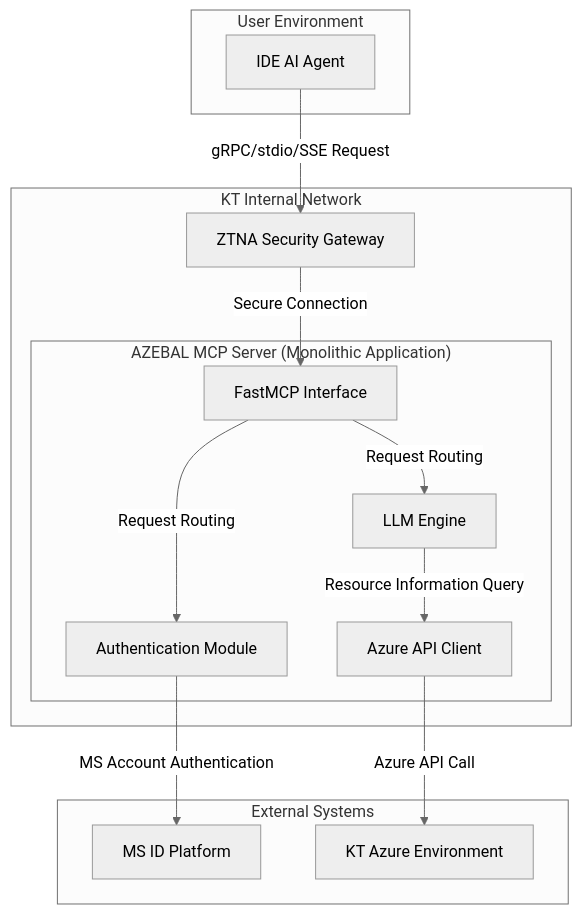
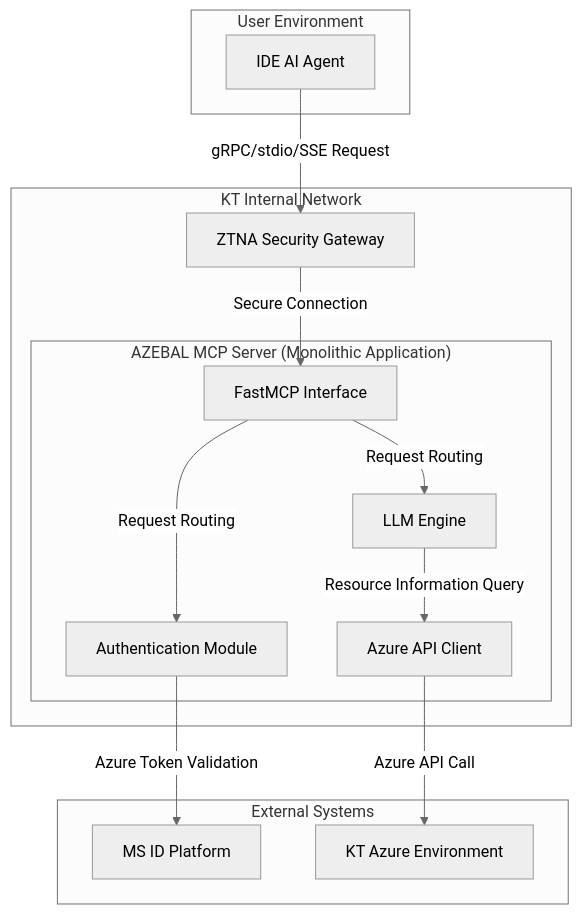
Before and after one commit to HyunjunGil/CTC4-AZEBAL: the diagram in docs/architecture/high-level-architecture.md, drawn with Mermaid (neutral theme). The commit also changed other lines of this file and 18 other files, not shown here.

````diff
--- a/docs/architecture/high-level-architecture.md
+++ b/docs/architecture/high-level-architecture.md
@@ -20,29 +20,29 @@
 ```mermaid
 graph TD
     subgraph "User Environment"
         A[IDE AI Agent]
     end
 
     subgraph "KT Internal Network"
         B[ZTNA Security Gateway]
         subgraph "AZEBAL MCP Server (Monolithic Application)"
             C[FastMCP Interface]
             D[Authentication Module]
             E[LLM Engine]
             F[Azure API Client]
         end
     end
 
     subgraph "External Systems"
         G[MS ID Platform]
         H[KT Azure Environment]
     end
 
     A -- "gRPC/stdio/SSE Request" --> B
     B -- "Secure Connection" --> C
     C -- "Request Routing" --> D
     C -- "Request Routing" --> E
-    D -- "MS Account Authentication" --> G
+    D -- "Azure Token Validation" --> G
     E -- "Resource Information Query" --> F
     F -- "Azure API Call" --> H
 ```
````
